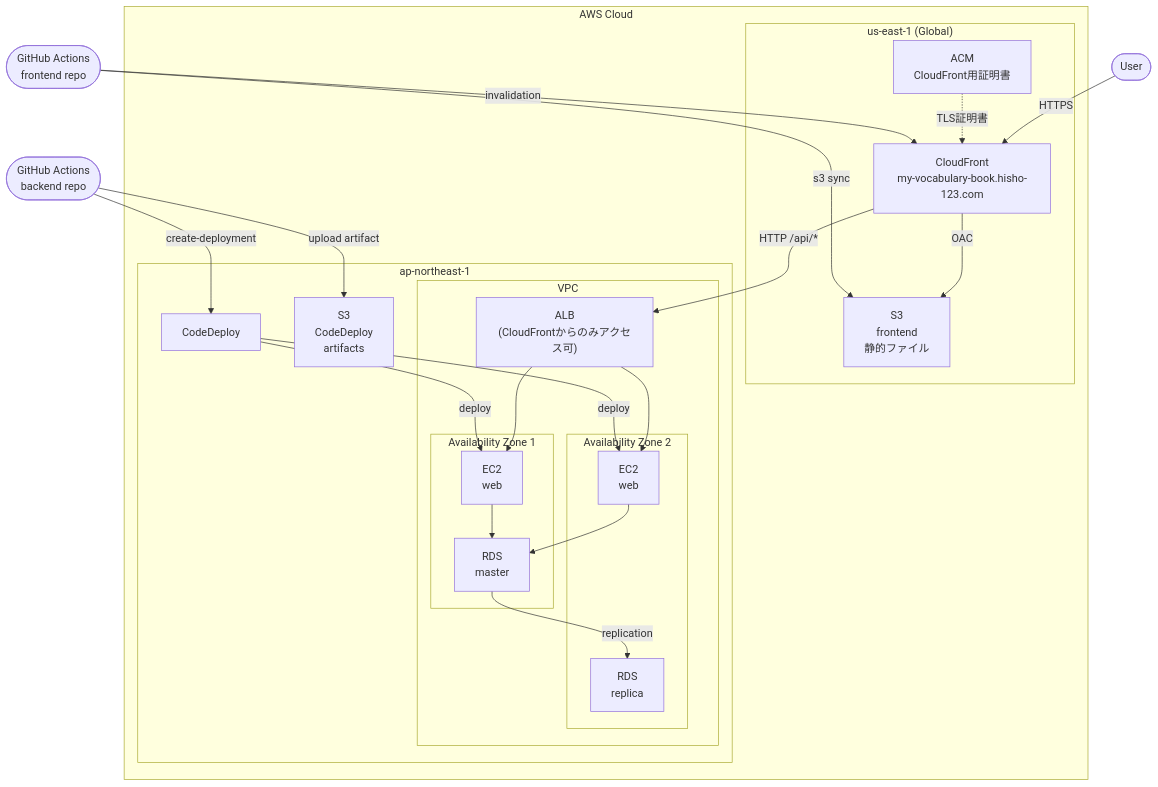
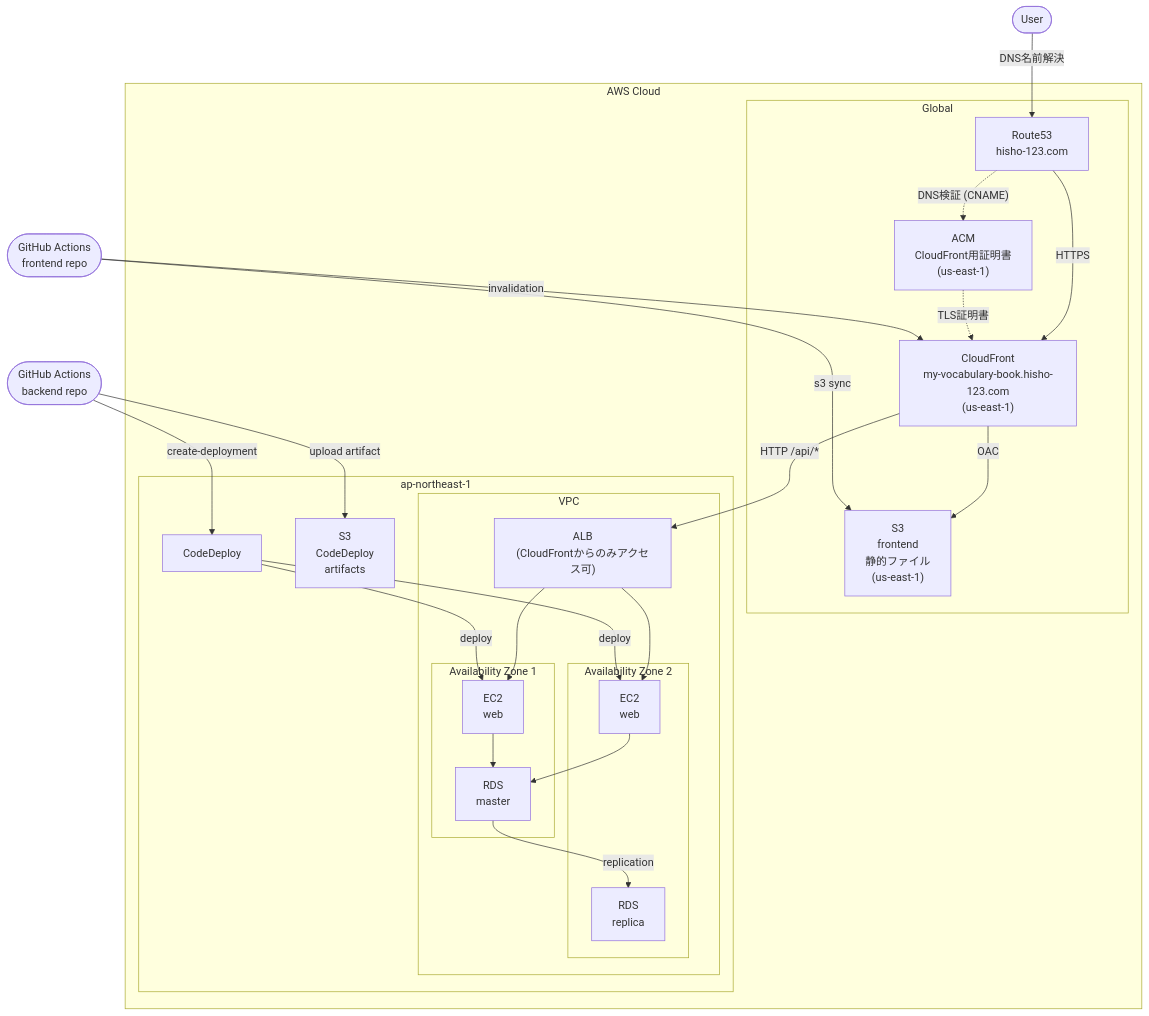
The diagram in mermaid/diagrams.md (hisho-123/aws-infra_mvb), drawn with Mermaid before and after one commit. The commit also changed 7 other files, not shown here.

````diff
--- a/mermaid/diagrams.md
+++ b/mermaid/diagrams.md
@@ -1,60 +1,65 @@
 ```mermaid
 graph TB
     User(["User"])
     GHA_FE(["GitHub Actions\nfrontend repo"])
     GHA_BE(["GitHub Actions\nbackend repo"])
 
     subgraph AWS["AWS Cloud"]
-        subgraph Global["us-east-1 (Global)"]
-            ACM_CF["ACM\nCloudFront用証明書"]
-            CF["CloudFront\nmy-vocabulary-book.hisho-123.com"]
-            S3_FE["S3\nfrontend\n静的ファイル"]
+        subgraph Global["Global"]
+            R53["Route53\nhisho-123.com"]
+            ACM_CF["ACM\nCloudFront用証明書\n(us-east-1)"]
+            CF["CloudFront\nmy-vocabulary-book.hisho-123.com\n(us-east-1)"]
+            S3_FE["S3\nfrontend\n静的ファイル\n(us-east-1)"]
         end
 
         subgraph AP["ap-northeast-1"]
             S3_CD["S3\nCodeDeploy\nartifacts"]
             CD["CodeDeploy"]
 
             subgraph VPC["VPC"]
                 ALB["ALB\n(CloudFrontからのみアクセス可)"]
 
                 subgraph AZ1["Availability Zone 1"]
                     WEB1["EC2\nweb"]
                     DB_MASTER["RDS\nmaster"]
                 end
 
                 subgraph AZ2["Availability Zone 2"]
                     WEB2["EC2\nweb"]
                     DB_REPLICA["RDS\nreplica"]
                 end
             end
         end
     end
 
     %% ユーザーアクセス
-    User -->|"HTTPS"| CF
+    User -->|"DNS名前解決"| R53
+    R53 -->|"HTTPS"| CF
+
+    %% ACM DNS検証
+    R53 -.->|"DNS検証 (CNAME)"| ACM_CF
 
     %% フロントエンド配信
     CF -->|"OAC"| S3_FE
     ACM_CF -.->|"TLS証明書"| CF
 
     %% バックエンドAPI
     CF -->|"HTTP /api/*"| ALB
 
     %% バックエンド
     ALB --> WEB1
     ALB --> WEB2
     WEB1 --> DB_MASTER
     WEB2 --> DB_MASTER
     DB_MASTER -->|"replication"| DB_REPLICA
 
     %% CI/CD frontend
     GHA_FE -->|"s3 sync"| S3_FE
     GHA_FE -->|"invalidation"| CF
 
     %% CI/CD backend
     GHA_BE -->|"upload artifact"| S3_CD
     GHA_BE -->|"create-deployment"| CD
     CD -->|"deploy"| WEB1
     CD -->|"deploy"| WEB2
 ```
````
